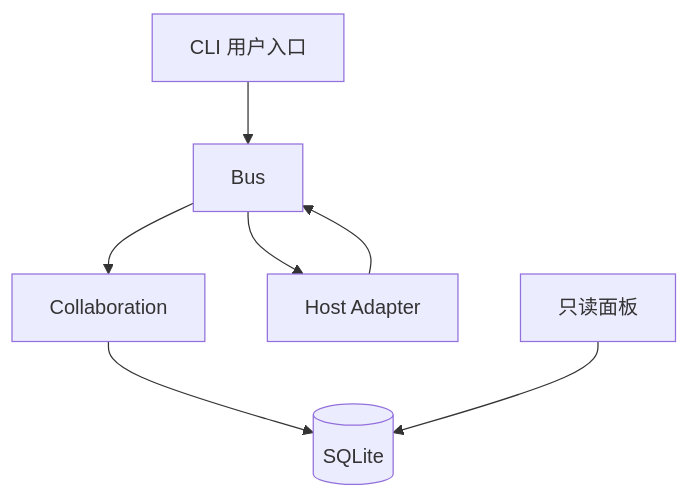
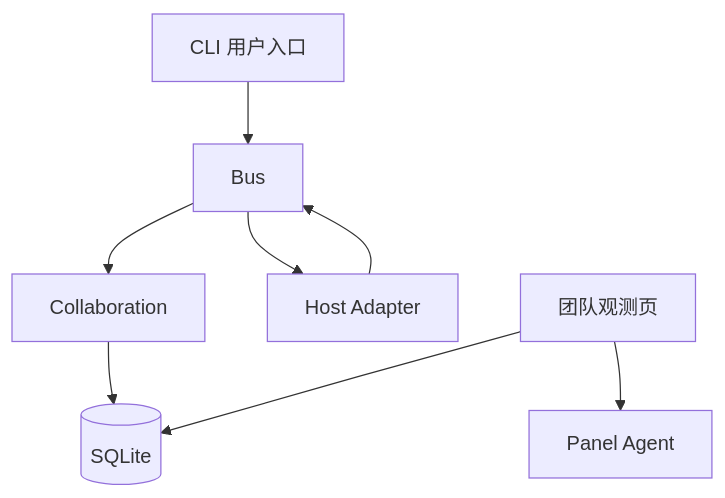
One commit to AlbertZhou1108/agent-team changed the diagram in docs/collaboration-technical-design.md. Above: the diagram before and after it, drawn with Mermaid. The commit also changed other lines of this file and 158 other files, not shown here.

Commit message:
feat(panel-agent): add cross-context coordination workflow

````diff
--- a/docs/collaboration-technical-design.md
+++ b/docs/collaboration-technical-design.md
@@ -10,9 +10,10 @@
 ```mermaid
 flowchart TD
     U[CLI 用户入口] --> B[Bus]
     B --> C[Collaboration]
     C --> S[(SQLite)]
     B --> H[Host Adapter]
     H --> B
-    P[只读面板] --> S
+    P[团队观测页] --> S
+    P --> A[Panel Agent]
 ```
````
